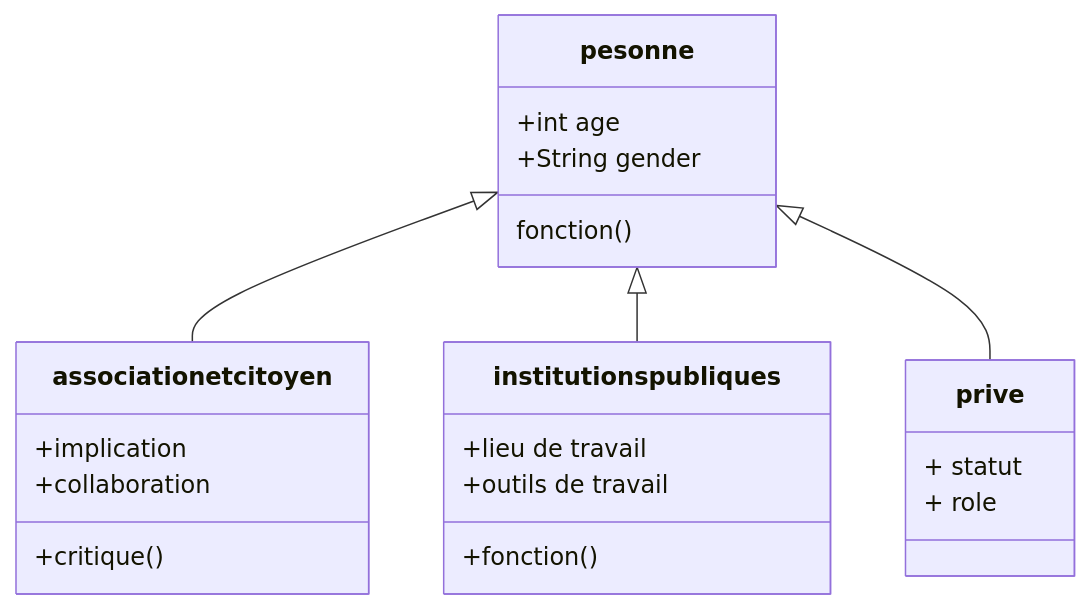
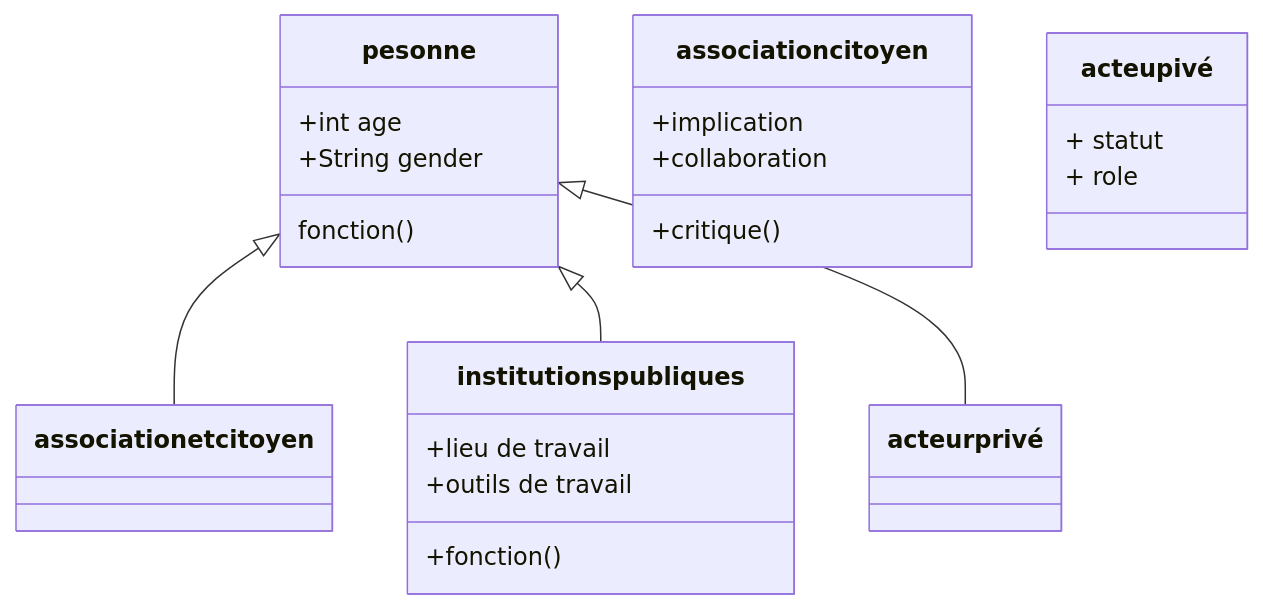
One commit to kahiarchi/plaine---saint--Denis---batiment- changed the diagram in acteurskahiarchi.md. Above: the diagram before and after it, drawn with Mermaid.

Commit message:
Fix class names in acteurskahiarchi.md

````diff
--- a/acteurskahiarchi.md
+++ b/acteurskahiarchi.md
@@ -1,25 +1,25 @@
 ```mermaid
 classDiagram
     pesonne <|-- associationetcitoyen
     pesonne <|-- institutions publiques
-    pesonne <|-- prive
+    pesonne <|-- acteur privé 
 
     pesonne : +int age
     pesonne : +String gender
     pesonne : fonction()
 
-  class associationetcitoyen {
+  class association citoyen {
      +implication 
      +collaboration
      +critique ()
     }
     class institutions publiques{
           +lieu de travail
           +outils de travail
           +fonction ()
     }
-    class prive{
+    class acteu pivé{
       + statut
      +  role
      }
 ```
````
